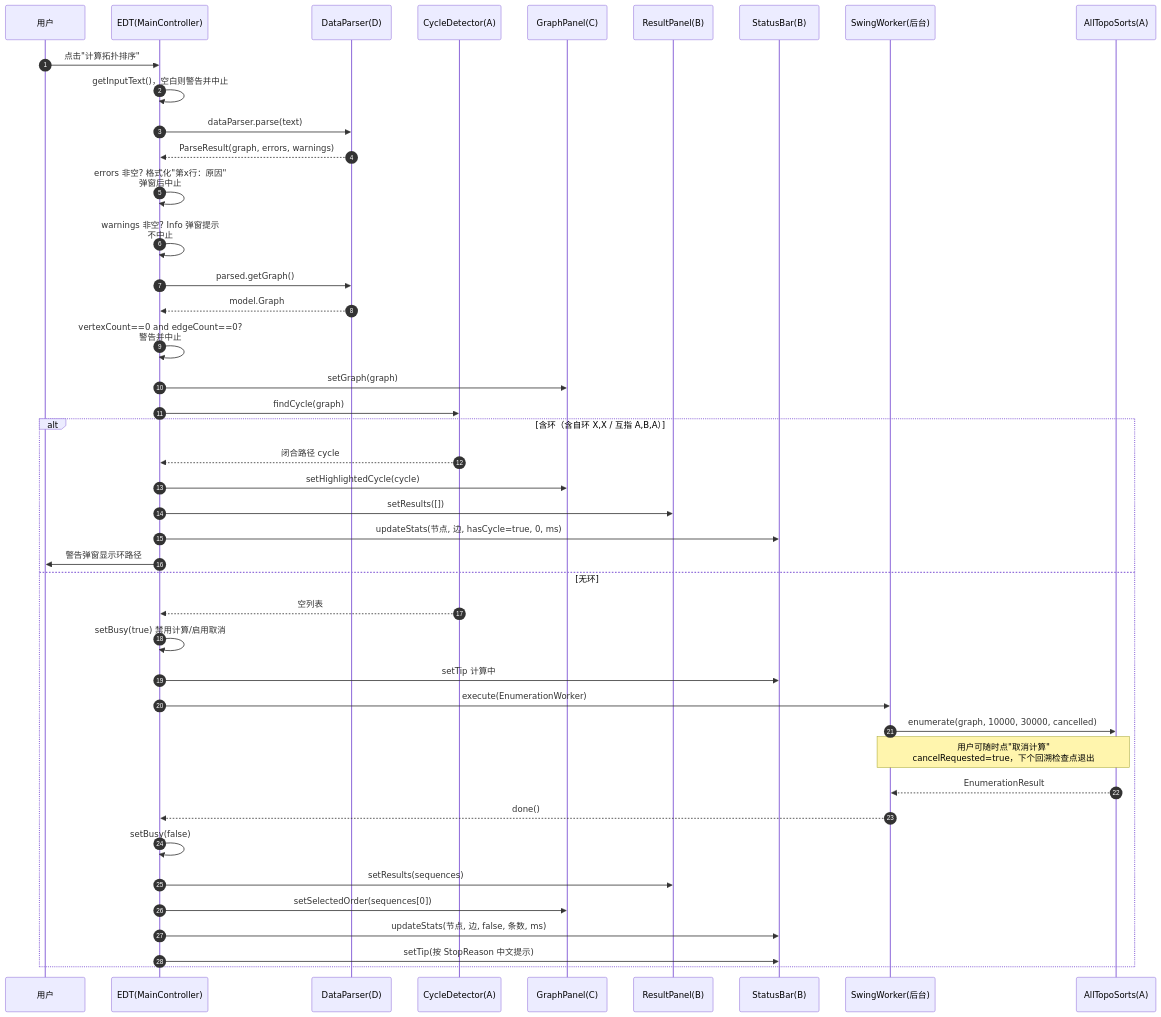
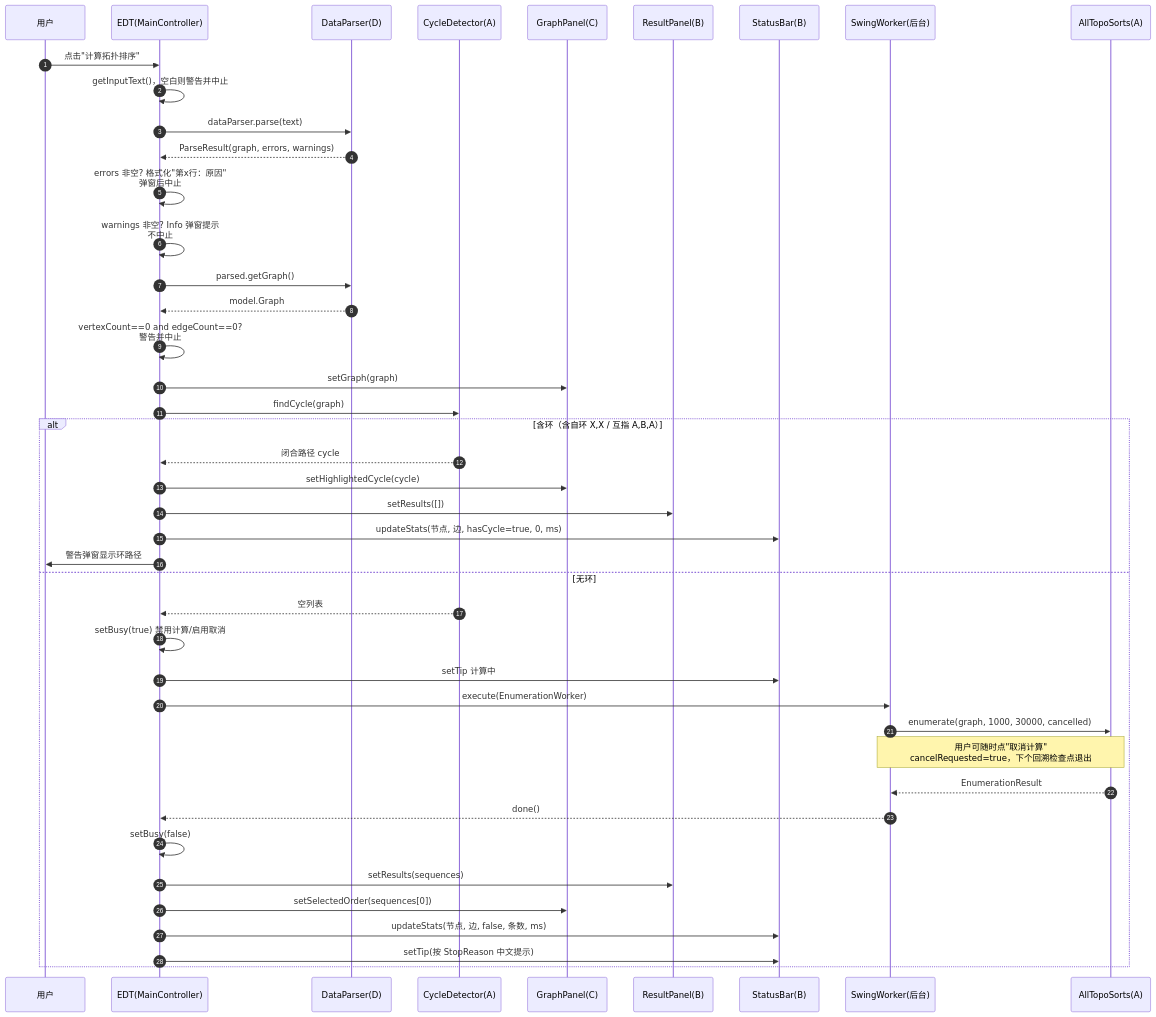
Before and after one commit to yyj138/topological-sort: the third of 7 diagrams in docs/详细设计报告-GUI.md, drawn with Mermaid. The commit also changed other lines of this file and 6 other files, not shown here.

````diff
--- a/docs/详细设计报告-GUI.md
+++ b/docs/详细设计报告-GUI.md
@@ -144,46 +144,46 @@
 ```mermaid
 sequenceDiagram
     autonumber
     participant U as 用户
     participant EDT as EDT(MainController)
     participant DP as DataParser(D)
     participant CD as CycleDetector(A)
     participant GP as GraphPanel(C)
     participant RP as ResultPanel(B)
     participant SB as StatusBar(B)
     participant BG as SwingWorker(后台)
     participant ALG as AllTopoSorts(A)
 
     U->>EDT: 点击"计算拓扑排序"
     EDT->>EDT: getInputText()，空白则警告并中止
     EDT->>DP: dataParser.parse(text)
     DP-->>EDT: ParseResult(graph, errors, warnings)
     EDT->>EDT: errors 非空? 格式化"第x行：原因"<br/>弹窗后中止
     EDT->>EDT: warnings 非空? Info 弹窗提示<br/>不中止
     EDT->>DP: parsed.getGraph()
     DP-->>EDT: model.Graph
     EDT->>EDT: vertexCount==0 and edgeCount==0?<br/>警告并中止
     EDT->>GP: setGraph(graph)
     EDT->>CD: findCycle(graph)
     alt 含环（含自环 X,X / 互指 A,B,A）
         CD-->>EDT: 闭合路径 cycle
         EDT->>GP: setHighlightedCycle(cycle)
         EDT->>RP: setResults([])
         EDT->>SB: updateStats(节点, 边, hasCycle=true, 0, ms)
         EDT->>U: 警告弹窗显示环路径
     else 无环
         CD-->>EDT: 空列表
         EDT->>EDT: setBusy(true) 禁用计算/启用取消
         EDT->>SB: setTip 计算中
         EDT->>BG: execute(EnumerationWorker)
-        BG->>ALG: enumerate(graph, 10000, 30000, cancelled)
+        BG->>ALG: enumerate(graph, 1000, 30000, cancelled)
         Note over BG,ALG: 用户可随时点"取消计算"<br/>cancelRequested=true，下个回溯检查点退出
         ALG-->>BG: EnumerationResult
         BG-->>EDT: done()
         EDT->>EDT: setBusy(false)
         EDT->>RP: setResults(sequences)
         EDT->>GP: setSelectedOrder(sequences[0])
         EDT->>SB: updateStats(节点, 边, false, 条数, ms)
         EDT->>SB: setTip(按 StopReason 中文提示)
     end
 ```
````
